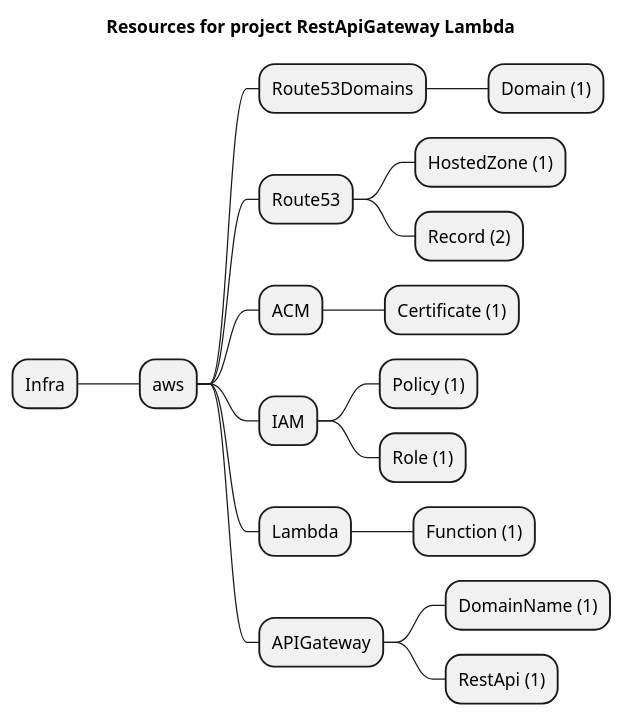
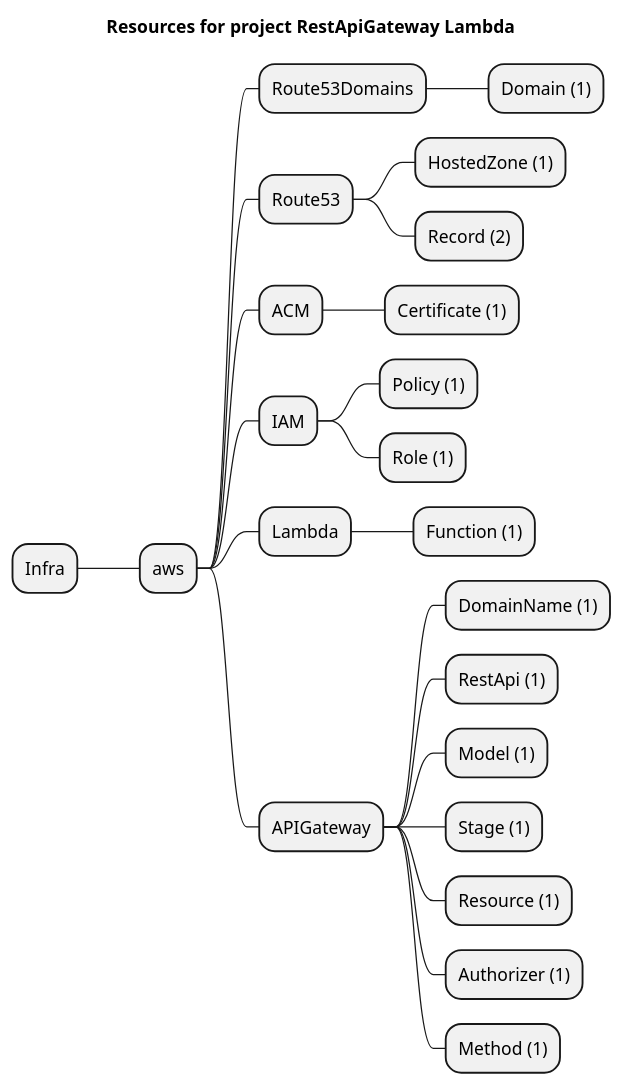
The diagram in examples/aws/api-gateway/restapi-lambda/artifacts/resources-mindmap.puml (grucloud/grucloud), drawn with PlantUML before and after one commit. The commit also changed 31 other files, not shown here.

```diff
--- a/examples/aws/api-gateway/restapi-lambda/artifacts/resources-mindmap.puml
+++ b/examples/aws/api-gateway/restapi-lambda/artifacts/resources-mindmap.puml
@@ -1,21 +1,26 @@
 @startmindmap
 title Resources for project RestApiGateway Lambda
 skinparam monochrome true
 + Infra
 ++ aws
 +++ Route53Domains
 ++++ Domain (1)
 +++ Route53
 ++++ HostedZone (1)
 ++++ Record (2)
 +++ ACM
 ++++ Certificate (1)
 +++ IAM
 ++++ Policy (1)
 ++++ Role (1)
 +++ Lambda
 ++++ Function (1)
 +++ APIGateway
 ++++ DomainName (1)
 ++++ RestApi (1)
+++++ Model (1)
+++++ Stage (1)
+++++ Resource (1)
+++++ Authorizer (1)
+++++ Method (1)
 @endmindmap
```
